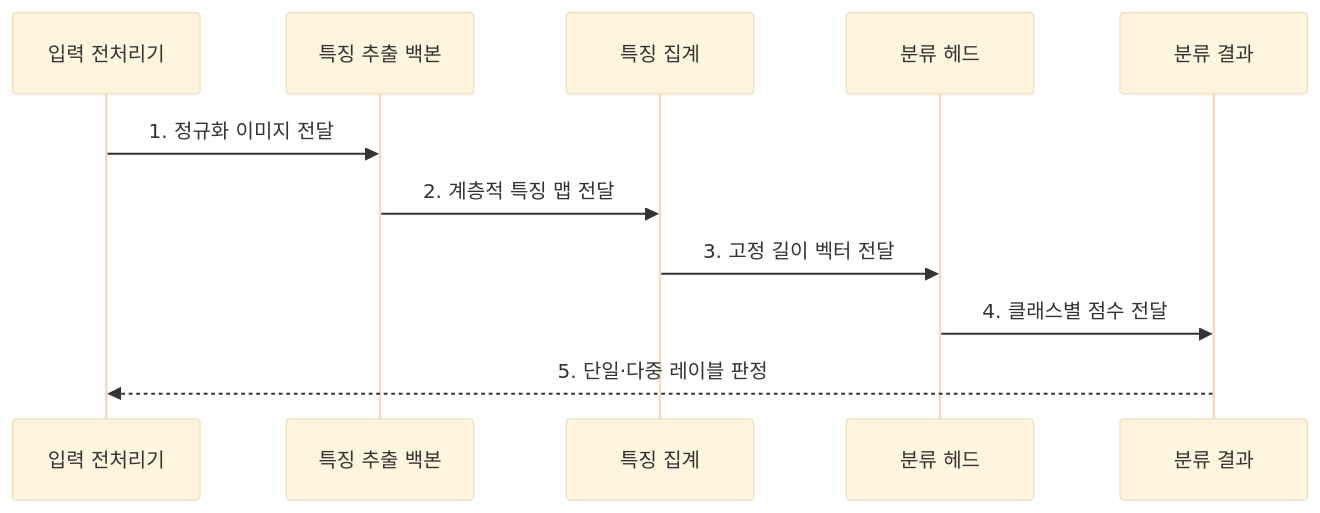
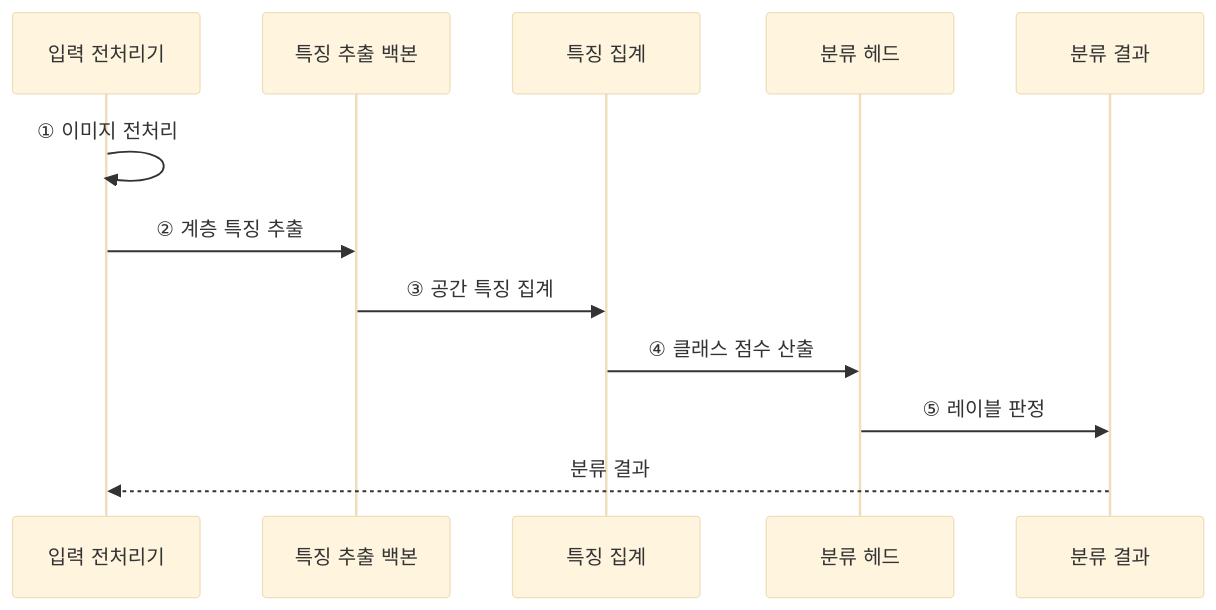
One commit to agnusdei1207/knowledge-base changed the third of 3 diagrams in src/content/docs/notes/01-basic-theory/056_image_classification.md. Above: the diagram before and after it, drawn with Mermaid (base theme). The commit also changed other lines of this file and 22 other files, not shown here.

````diff
--- a/src/content/docs/notes/01-basic-theory/056_image_classification.md
+++ b/src/content/docs/notes/01-basic-theory/056_image_classification.md
@@ -73,13 +88,14 @@
 ```mermaid
 sequenceDiagram
     participant I as 입력 전처리기
     participant B as 특징 추출 백본
     participant G as 특징 집계
     participant H as 분류 헤드
     participant O as 분류 결과
-    I->>B: 1. 정규화 이미지 전달
-    B->>G: 2. 계층적 특징 맵 전달
-    G->>H: 3. 고정 길이 벡터 전달
-    H->>O: 4. 클래스별 점수 전달
-    O-->>I: 5. 단일·다중 레이블 판정
+    I->>I: ① 이미지 전처리
+    I->>B: ② 계층 특징 추출
+    B->>G: ③ 공간 특징 집계
+    G->>H: ④ 클래스 점수 산출
+    H->>O: ⑤ 레이블 판정
+    O-->>I: 분류 결과
 ```
````
